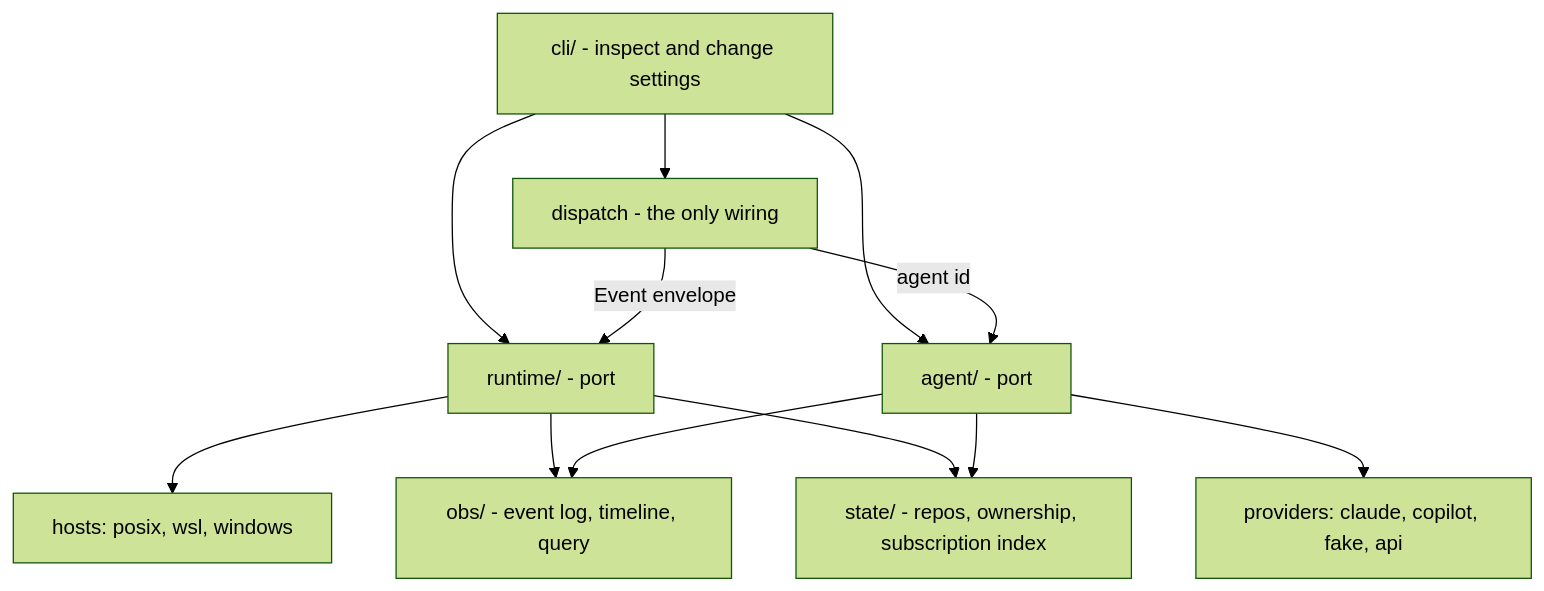
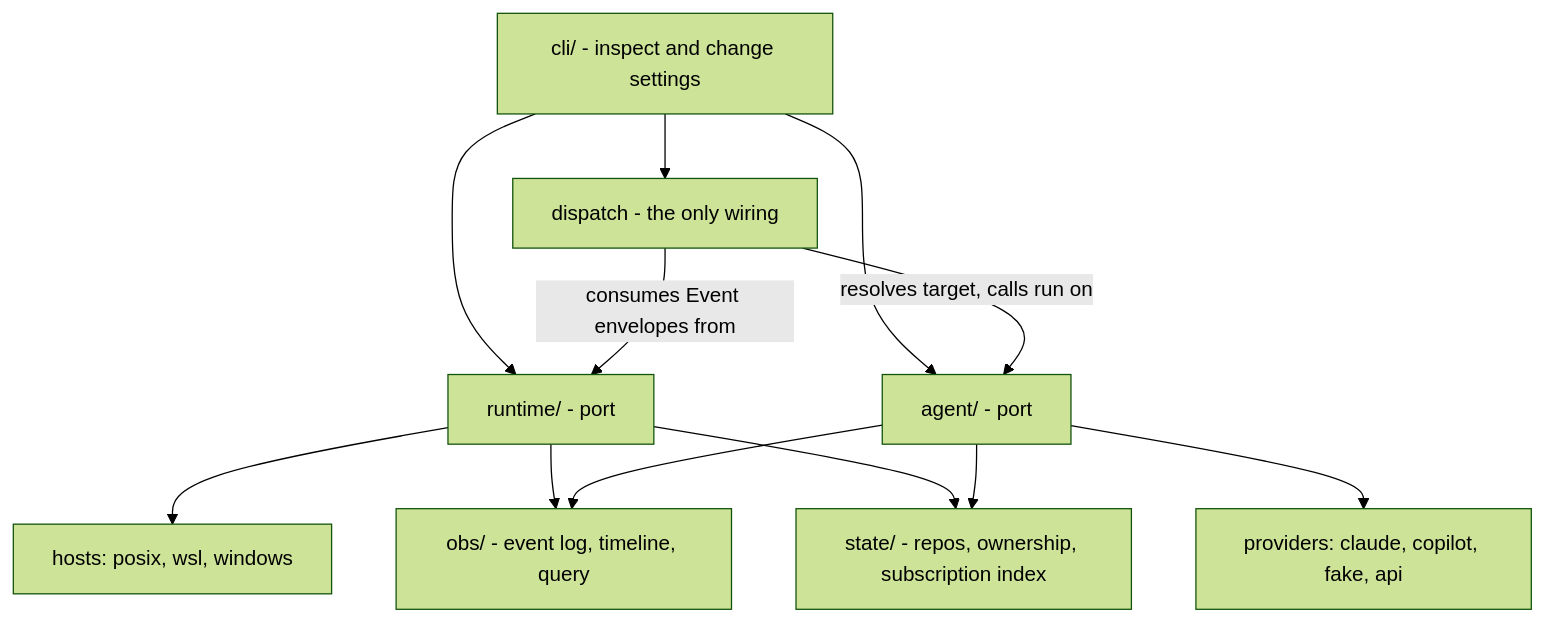
One commit to johnshew/agents-live changed the diagram in docs/refactoring-runtime-and-agent-seams.md. Above: the diagram before and after it, drawn with Mermaid (forest theme). The commit also changed other lines of this file, not shown here.

````diff
--- a/docs/refactoring-runtime-and-agent-seams.md
+++ b/docs/refactoring-runtime-and-agent-seams.md
@@ -123,14 +128,14 @@
 ```mermaid
 graph TD
     CLI[cli/ - inspect and change settings] --> RT[runtime/ - port]
     CLI --> AG[agent/ - port]
     RT --> HOSTS[hosts: posix, wsl, windows]
     AG --> PROV[providers: claude, copilot, fake, api]
     CLI --> DISP[dispatch - the only wiring]
-    DISP -->|Event envelope| RT
-    DISP -->|agent id| AG
+    DISP -->|consumes Event envelopes from| RT
+    DISP -->|resolves target, calls run on| AG
     RT --> OBS[obs/ - event log, timeline, query]
     AG --> OBS
     RT --> ST[state/ - repos, ownership, subscription index]
     AG --> ST
 ```
````
